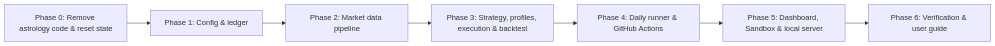
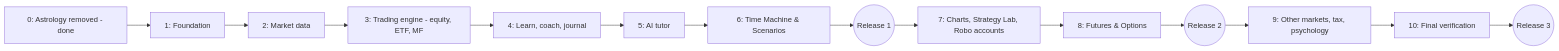
The diagram in docs/astro-trader-app/MASTER_IMPLEMENTATION_PLAN.md (SunenaB3504/Trading), drawn with Mermaid before and after one commit. The commit also changed other lines of this file and 2 other files, not shown here.

First line of the commit message:
docs: redefine the app as a market learning platform (SSD/MIP v4.0)

````diff
--- a/docs/astro-trader-app/MASTER_IMPLEMENTATION_PLAN.md
+++ b/docs/astro-trader-app/MASTER_IMPLEMENTATION_PLAN.md
@@ -15,9 +32,16 @@
 ```mermaid
 graph LR
-    P0[Phase 0: Remove astrology code & reset state] --> P1[Phase 1: Config & ledger]
-    P1 --> P2[Phase 2: Market data pipeline]
-    P2 --> P3[Phase 3: Strategy, profiles, execution & backtest]
-    P3 --> P4[Phase 4: Daily runner & GitHub Actions]
-    P4 --> P5[Phase 5: Dashboard, Sandbox & local server]
-    P5 --> P6[Phase 6: Verification & user guide]
+    S0[0: Astrology removed - done] --> S1[1: Foundation]
+    S1 --> S2[2: Market data]
+    S2 --> S3[3: Trading engine - equity, ETF, MF]
+    S3 --> S4[4: Learn, coach, journal]
+    S4 --> S5[5: AI tutor]
+    S5 --> S6[6: Time Machine & Scenarios]
+    S6 --> R1((Release 1))
+    R1 --> S7[7: Charts, Strategy Lab, Robo accounts]
+    S7 --> S8[8: Futures & Options]
+    S8 --> R2((Release 2))
+    R2 --> S9[9: Other markets, tax, psychology]
+    S9 --> S10[10: Final verification]
+    S10 --> R3((Release 3))
 ```
````
